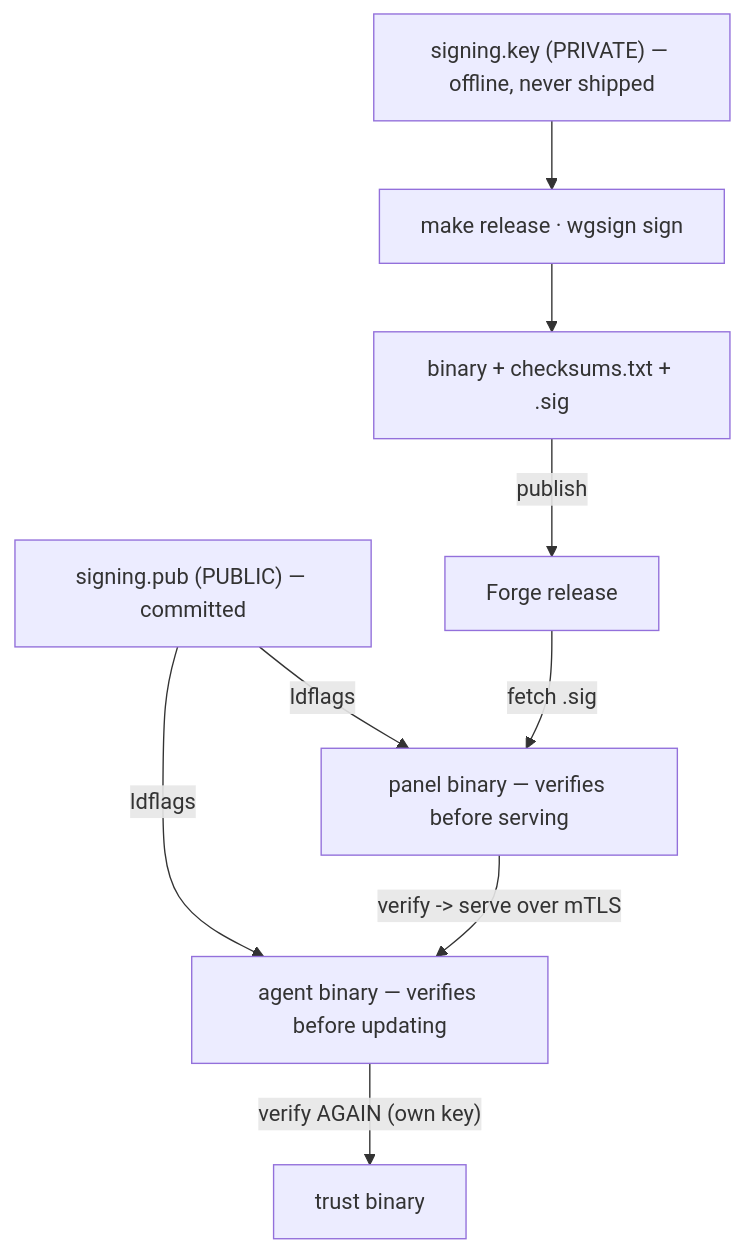
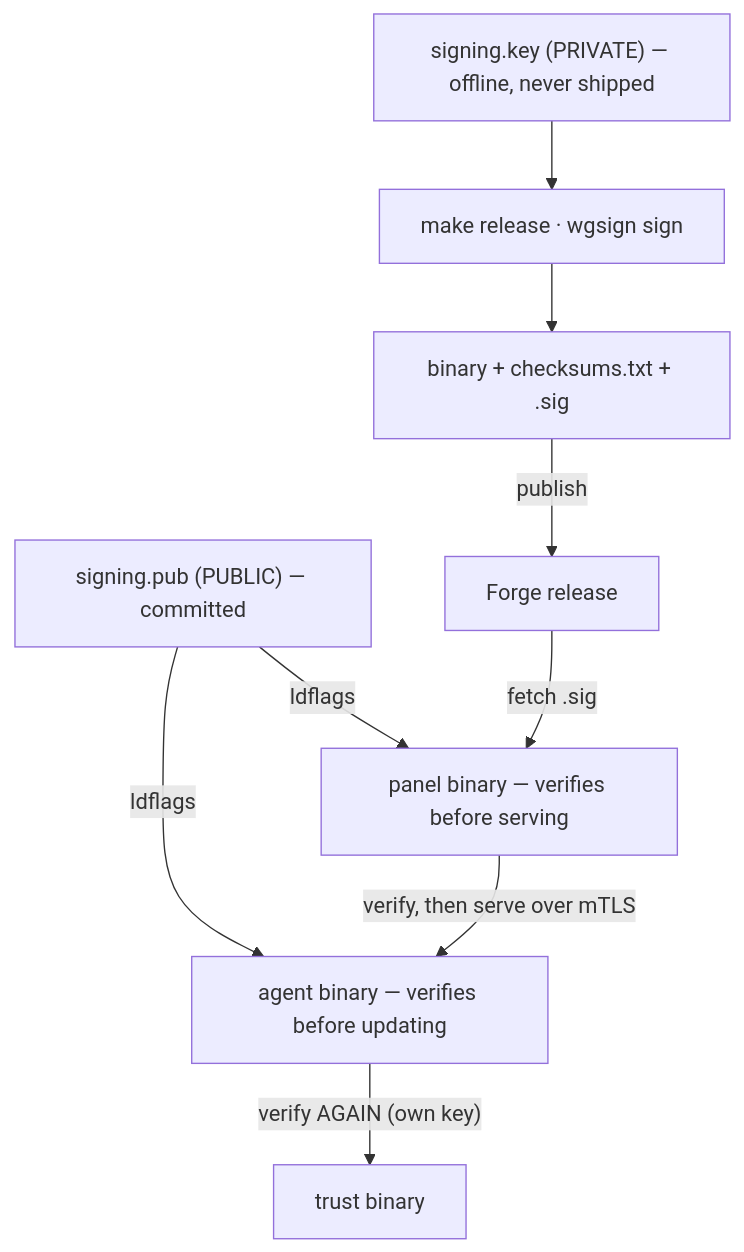
The fourth of 6 diagrams in README.md (packalyst/wireguard-admin-panel), drawn with Mermaid before and after one commit. The commit also changed other lines of this file, not shown here.

First line of the commit message:
fix(docs): sanitize mermaid diagrams so they render (no "->"/"{}" in labels)

````diff
--- a/README.md
+++ b/README.md
@@ -179,11 +179,11 @@
 ```mermaid
 flowchart TB
     priv["signing.key (PRIVATE) — offline, never shipped"] --> mk["make release · wgsign sign"]
     mk --> art["binary + checksums.txt + .sig"]
     art -->|publish| forge["Forge release"]
     pub["signing.pub (PUBLIC) — committed"] -->|ldflags| panelbin["panel binary — verifies before serving"]
     pub -->|ldflags| agentbin["agent binary — verifies before updating"]
     forge -->|"fetch .sig"| panelbin
-    panelbin -->|"verify -> serve over mTLS"| agentbin
+    panelbin -->|"verify, then serve over mTLS"| agentbin
     agentbin -->|"verify AGAIN (own key)"| ok["trust binary"]
 ```
````
